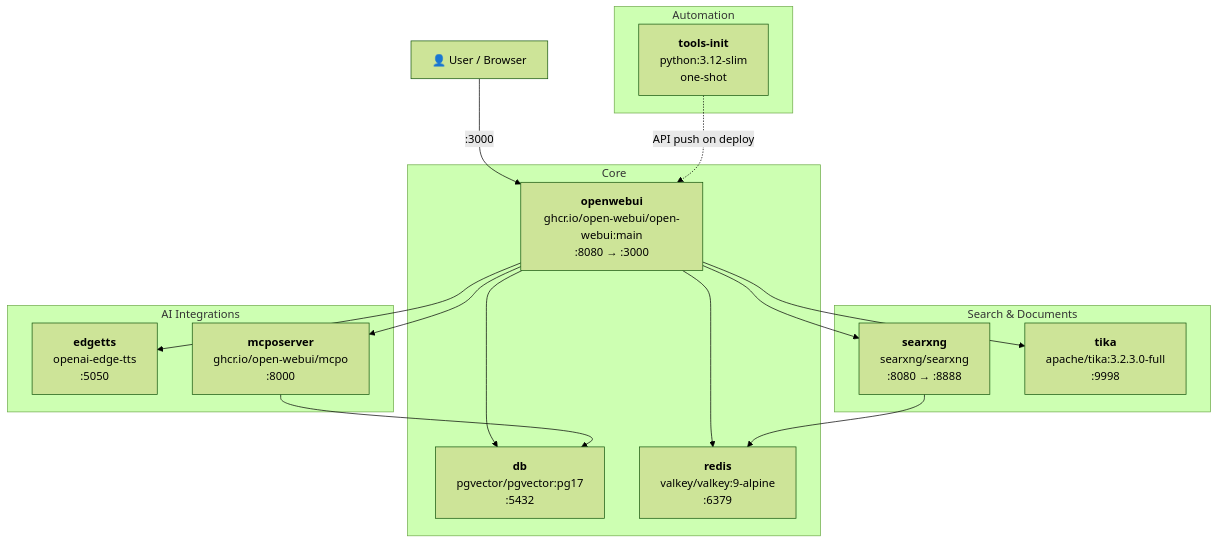
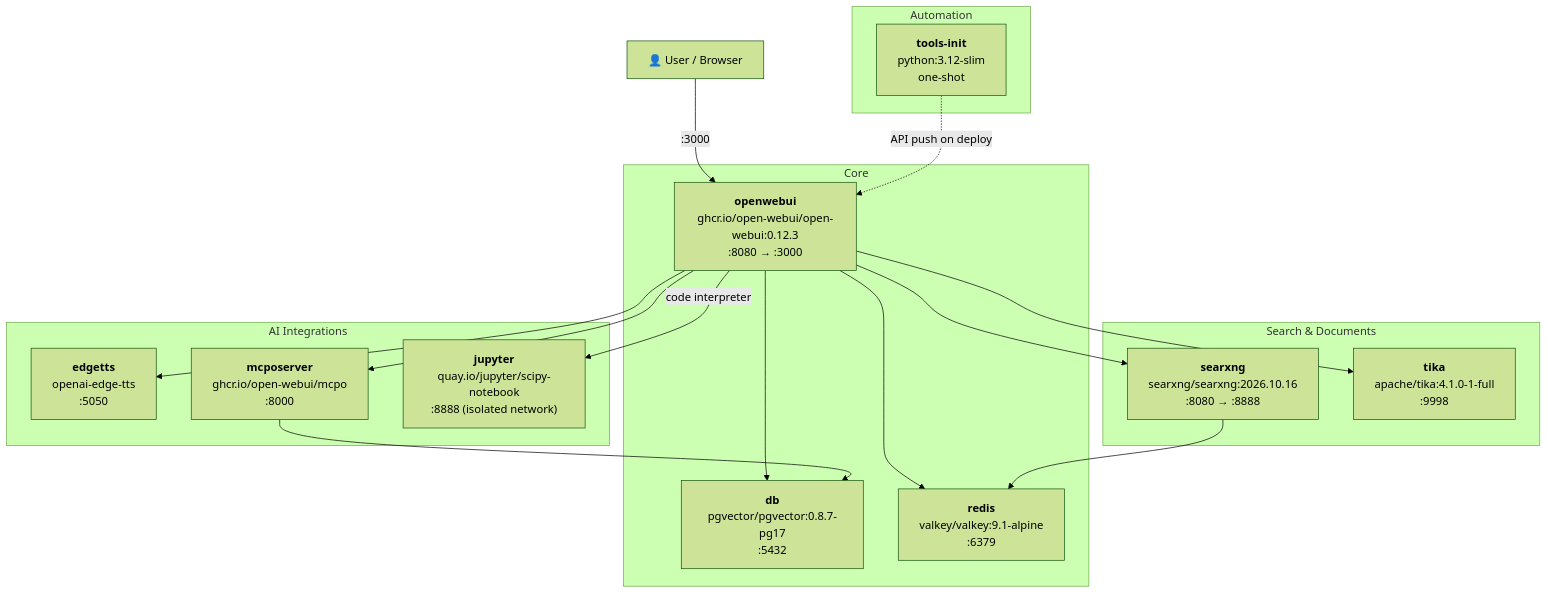
The diagram in README.md (BitWise-0x/open-webui-ultimate-stack), drawn with Mermaid (forest theme) before and after one commit. The commit also changed other lines of this file and 41 other files, not shown here.

First line of the commit message:
feat: pin Open WebUI 0.12.3, refresh components, add Jupyter code interpreter

````diff
--- a/README.md
+++ b/README.md
@@ -45,35 +45,37 @@
 ```mermaid
 graph TD
     User["👤 User / Browser"]
 
     subgraph Core
-        owui["<b>openwebui</b><br>ghcr.io/open-webui/open-webui:main<br>:8080 → :3000"]
-        db["<b>db</b><br>pgvector/pgvector:pg17<br>:5432"]
-        redis["<b>redis</b><br>valkey/valkey:9-alpine<br>:6379"]
+        owui["<b>openwebui</b><br>ghcr.io/open-webui/open-webui:0.12.3<br>:8080 → :3000"]
+        db["<b>db</b><br>pgvector/pgvector:0.8.7-pg17<br>:5432"]
+        redis["<b>redis</b><br>valkey/valkey:9.1-alpine<br>:6379"]
     end
 
     subgraph Search & Documents
-        searxng["<b>searxng</b><br>searxng/searxng<br>:8080 → :8888"]
-        tika["<b>tika</b><br>apache/tika:3.2.3.0-full<br>:9998"]
+        searxng["<b>searxng</b><br>searxng/searxng:2026.10.16<br>:8080 → :8888"]
+        tika["<b>tika</b><br>apache/tika:4.1.0-1-full<br>:9998"]
     end
 
     subgraph AI Integrations
         edgetts["<b>edgetts</b><br>openai-edge-tts<br>:5050"]
         mcpo["<b>mcposerver</b><br>ghcr.io/open-webui/mcpo<br>:8000"]
+        jupyter["<b>jupyter</b><br>quay.io/jupyter/scipy-notebook<br>:8888 (isolated network)"]
     end
 
     subgraph Automation
         tools["<b>tools-init</b><br>python:3.12-slim<br>one-shot"]
     end
 
     User -->|":3000"| owui
     owui --> db
     owui --> redis
     owui --> searxng
     owui --> tika
     owui --> edgetts
     owui --> mcpo
+    owui -->|"code interpreter"| jupyter
     searxng --> redis
     mcpo --> db
     tools -.->|"API push on deploy"| owui
 ```
````
